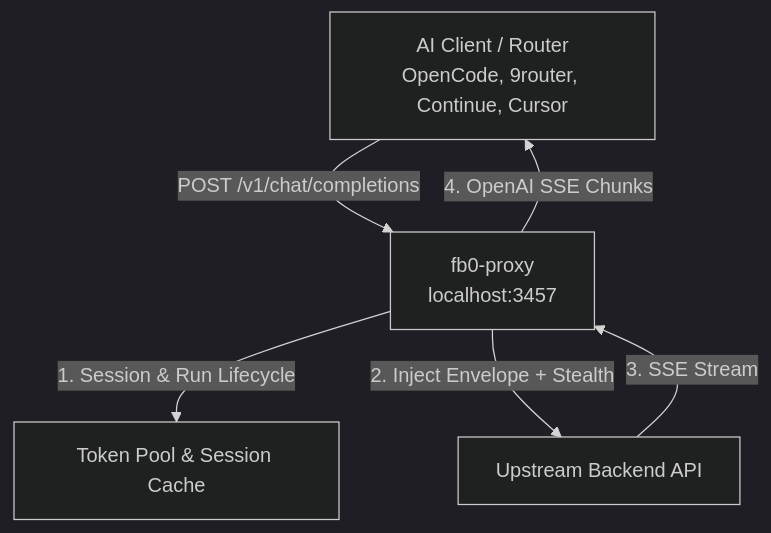
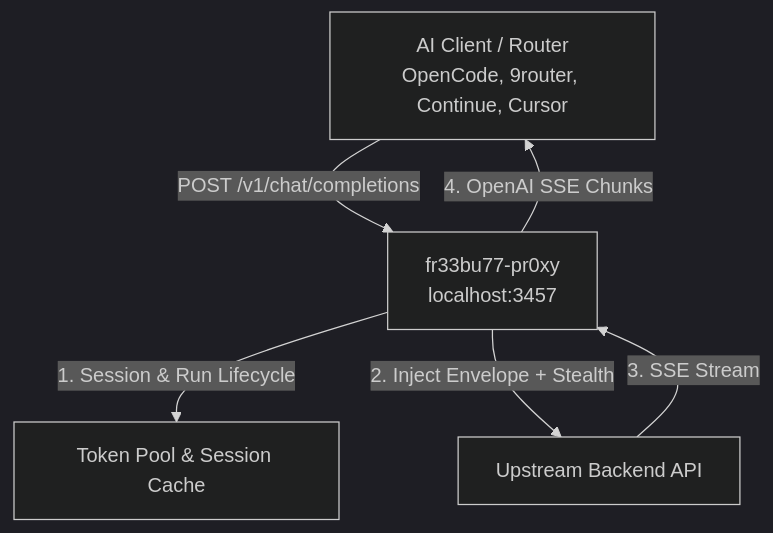
One commit to arsydoni4326-alt/freebuff-proxy changed the diagram in README.md. Above: the diagram before and after it, drawn with Mermaid (dark theme). The commit also changed other lines of this file, not shown here.

````diff
--- a/README.md
+++ b/README.md
@@ -30,8 +30,8 @@
 ```mermaid
 graph TD
-    Client[AI Client / Router<br/>OpenCode, 9router, Continue, Cursor] -->|POST /v1/chat/completions| Proxy[fb0-proxy<br/>localhost:3457]
+    Client[AI Client / Router<br/>OpenCode, 9router, Continue, Cursor] -->|POST /v1/chat/completions| Proxy[fr33bu77-pr0xy<br/>localhost:3457]
     Proxy -->|1. Session & Run Lifecycle| Pool[Token Pool & Session Cache]
     Proxy -->|2. Inject Envelope + Stealth| Upstream[Upstream Backend API]
     Upstream -->|3. SSE Stream| Proxy
     Proxy -->|4. OpenAI SSE Chunks| Client
 ```
````
